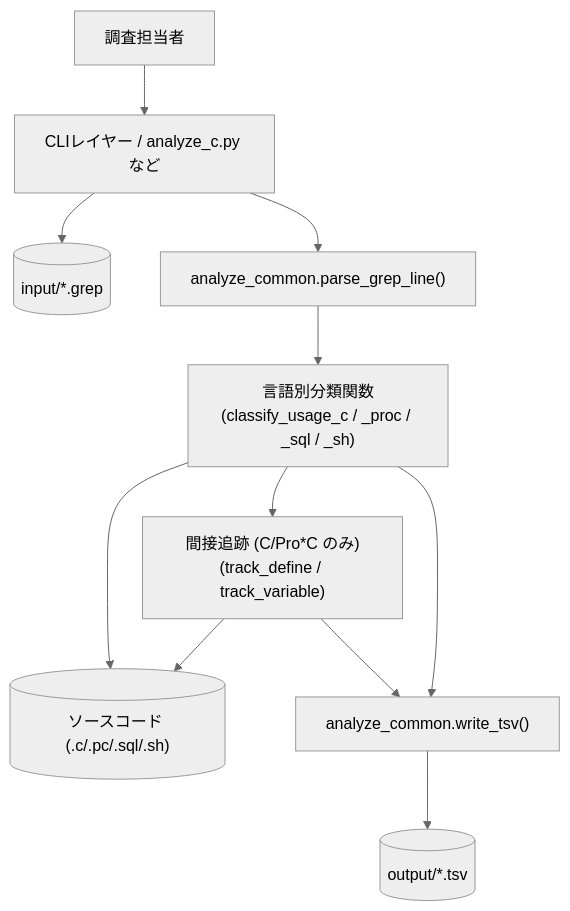
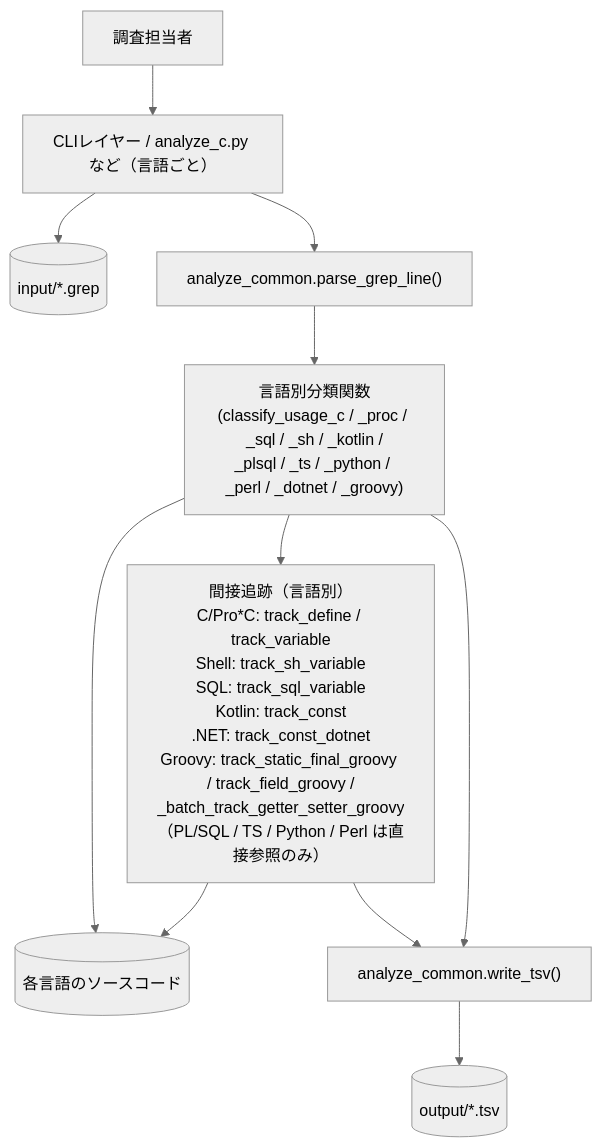
The second of 5 diagrams in docs/functional-design.md (AkiraIsozaki/grep_helper_superpowers), drawn with Mermaid (neutral theme) before and after one commit. The commit also changed other lines of this file and 6 other files, not shown here.

````diff
--- a/docs/functional-design.md
+++ b/docs/functional-design.md
@@ -39,23 +39,23 @@
 ```mermaid
 graph TB
     User[調査担当者]
-    CLI["CLIレイヤー / analyze_c.py など"]
+    CLI["CLIレイヤー / analyze_c.py など（言語ごと）"]
     Common["analyze_common.parse_grep_line()"]
-    Classifier["言語別分類関数\n(classify_usage_c / _proc / _sql / _sh)"]
-    Tracker["間接追跡 (C/Pro*C のみ)\n(track_define / track_variable)"]
+    Classifier["言語別分類関数\n(classify_usage_c / _proc / _sql / _sh / _kotlin /\n_plsql / _ts / _python / _perl / _dotnet / _groovy)"]
+    Tracker["間接追跡（言語別）\nC/Pro*C: track_define / track_variable\nShell: track_sh_variable\nSQL: track_sql_variable\nKotlin: track_const\n.NET: track_const_dotnet\nGroovy: track_static_final_groovy / track_field_groovy /\n_batch_track_getter_setter_groovy\n（PL/SQL / TS / Python / Perl は直接参照のみ）"]
     Output["analyze_common.write_tsv()"]
     GrepFiles[("input/*.grep")]
-    SrcFiles[("ソースコード (.c/.pc/.sql/.sh)")]
+    SrcFiles[("各言語のソースコード")]
     TSVFiles[("output/*.tsv")]
 
     User --> CLI
     CLI --> GrepFiles
     CLI --> Common
     Common --> Classifier
     Classifier --> SrcFiles
     Classifier --> Tracker
     Tracker --> SrcFiles
     Classifier --> Output
     Tracker --> Output
     Output --> TSVFiles
 ```
````
